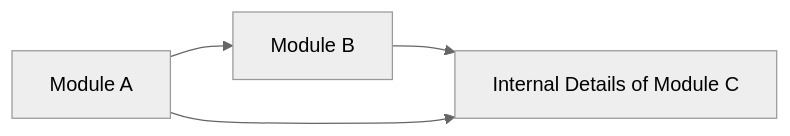
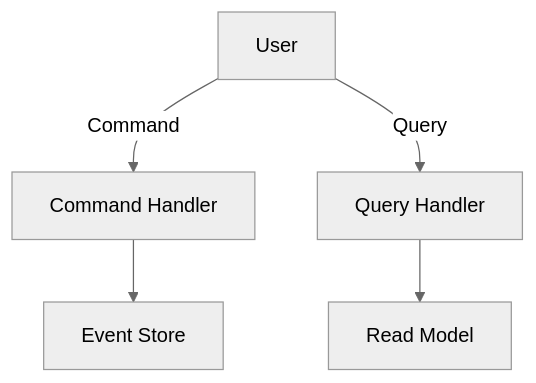
One commit to MasteryEducation/SoftwarePatternsLexicon.com changed the second of 2 diagrams in content/patterns-clojure/14/7/index.md. Above: the diagram before and after it, drawn with Mermaid (neutral theme). The commit also changed other lines of this file and 462 other files, not shown here.

````diff
--- a/content/patterns-clojure/14/7/index.md
+++ b/content/patterns-clojure/14/7/index.md
@@ -47,6 +129,7 @@
 ```mermaid
-graph LR
-    A[Module A] --> B[Module B]
-    B --> C[Internal Details of Module C]
-    A --> C
+flowchart TD
+    A[User] -->|Command| B[Command Handler]
+    B --> C[Event Store]
+    A -->|Query| D[Query Handler]
+    D --> E[Read Model]
 ```
````
